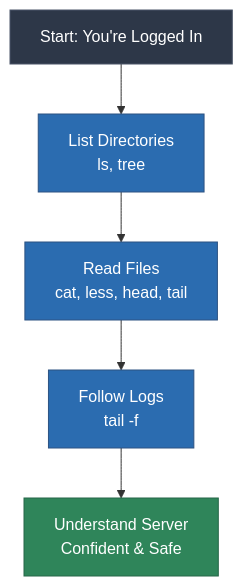
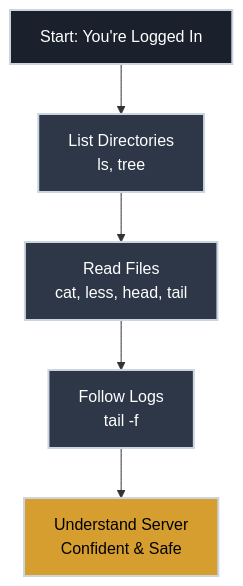
One commit to bradpenney/exploring_linux changed the diagram in docs/day_one/safe_exploration.md. Above: the diagram before and after it, drawn with Mermaid. The commit also changed other lines of this file and 26 other files, not shown here.

````diff
--- a/docs/day_one/safe_exploration.md
+++ b/docs/day_one/safe_exploration.md
@@ -23,13 +23,13 @@
 ``` mermaid
 graph TD
     A[Start: You're Logged In] --> B[List Directories<br/>ls, tree]
     B --> C[Read Files<br/>cat, less, head, tail]
     C --> D[Follow Logs<br/>tail -f]
     D --> E[Understand Server<br/>Confident & Safe]
 
-    style A fill:#2d3748,stroke:#4a5568,color:#fff
-    style E fill:#2f855a,stroke:#276749,color:#fff
-    style B fill:#2b6cb0,stroke:#2c5282,color:#fff
-    style C fill:#2b6cb0,stroke:#2c5282,color:#fff
-    style D fill:#2b6cb0,stroke:#2c5282,color:#fff
+    style A fill:#1a202c,stroke:#cbd5e0,stroke-width:2px,color:#fff
+    style B fill:#2d3748,stroke:#cbd5e0,stroke-width:2px,color:#fff
+    style C fill:#2d3748,stroke:#cbd5e0,stroke-width:2px,color:#fff
+    style D fill:#2d3748,stroke:#cbd5e0,stroke-width:2px,color:#fff
+    style E fill:#d69e2e,stroke:#cbd5e0,stroke-width:2px,color:#000
 ```
````
